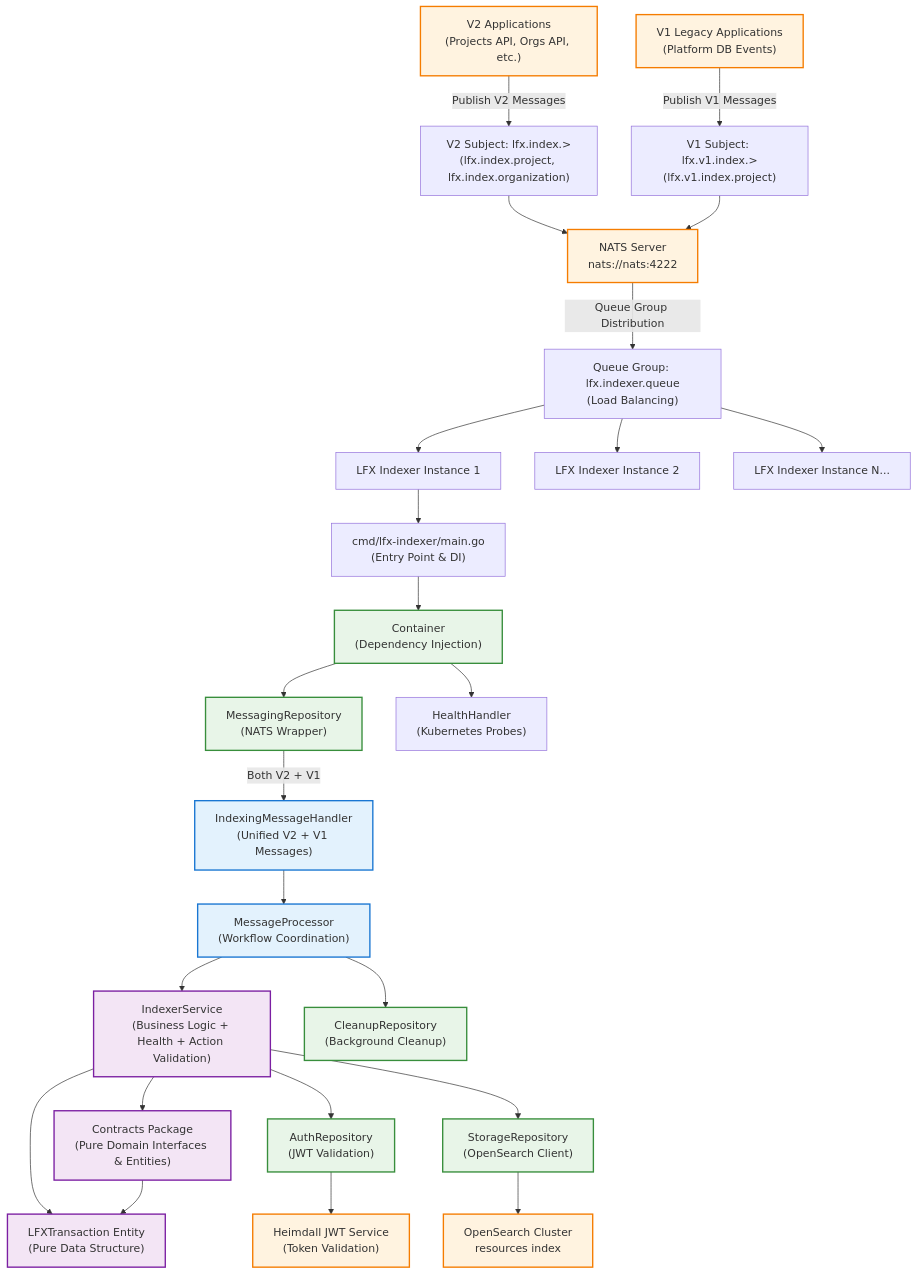
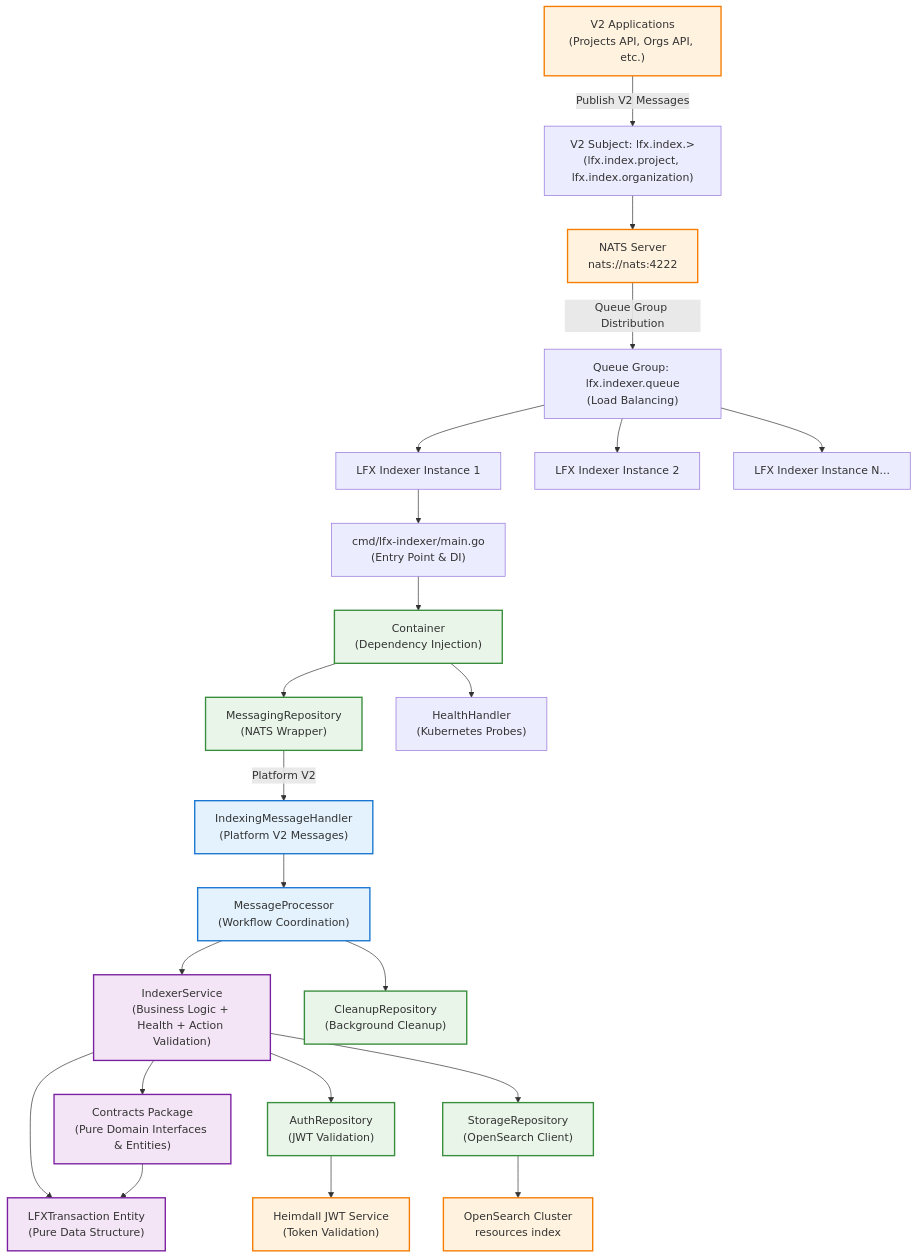
One commit to linuxfoundation/lfx-v2-indexer-service changed the first of 2 diagrams in README.md. Above: the diagram before and after it, drawn with Mermaid. The commit also changed other lines of this file and 40 other files, not shown here.

````diff
--- a/README.md
+++ b/README.md
@@ -158,12 +158,10 @@
 graph TB
     %% External message sources
     V2_APPS["V2 Applications<br/>(Projects API, Orgs API, etc.)"]
-    V1_APPS["V1 Legacy Applications<br/>(Platform DB Events)"]
 
     %% NATS Infrastructure
     NATS_SERVER["NATS Server<br/>nats://nats:4222"]
     V2_SUBJECT["V2 Subject: lfx.index.><br/>(lfx.index.project, lfx.index.organization)"]
-    V1_SUBJECT["V1 Subject: lfx.v1.index.><br/>(lfx.v1.index.project)"]
     QUEUE_GROUP["Queue Group: lfx.indexer.queue<br/>(Load Balancing)"]
 
     %% Service Instances
@@ -177,7 +175,7 @@
     MSG_REPO["MessagingRepository<br/>(NATS Wrapper)"]
 
     %% Presentation Layer
-    UNIFIED_HANDLER["IndexingMessageHandler<br/>(Unified V2 + V1 Messages)"]
+    UNIFIED_HANDLER["IndexingMessageHandler<br/>(Platform V2 Messages)"]
     HEALTH_HANDLER["HealthHandler<br/>(Kubernetes Probes)"]
 
     %% Application Layer
@@ -201,10 +199,8 @@
 
     %% Message Flow
     V2_APPS -->|"Publish V2 Messages"| V2_SUBJECT
-    V1_APPS -->|"Publish V1 Messages"| V1_SUBJECT
 
     V2_SUBJECT --> NATS_SERVER
-    V1_SUBJECT --> NATS_SERVER
 
     NATS_SERVER -->|"Queue Group Distribution"| QUEUE_GROUP
     QUEUE_GROUP --> INSTANCE1
@@ -217,7 +213,7 @@
     CONTAINER --> MSG_REPO
     CONTAINER --> HEALTH_HANDLER
 
-    MSG_REPO -->|"Both V2 + V1"| UNIFIED_HANDLER
+    MSG_REPO -->|"Platform V2"| UNIFIED_HANDLER
 
     %% Processing Flow
     UNIFIED_HANDLER --> MESSAGE_PROCESSOR
@@ -243,5 +239,5 @@
     class MESSAGE_PROCESSOR,UNIFIED_HANDLER application
     class INDEXER_SVC,CONTRACTS_PKG,TRANSACTION_ENTITY domain
     class CONTAINER,MSG_REPO,STORAGE_REPO,AUTH_REPO,CLEANUP_REPO infrastructure
-    class V2_APPS,V1_APPS,JWT_SERVICE,OPENSEARCH,NATS_SERVER external
+    class V2_APPS,JWT_SERVICE,OPENSEARCH,NATS_SERVER external
 ```
````
